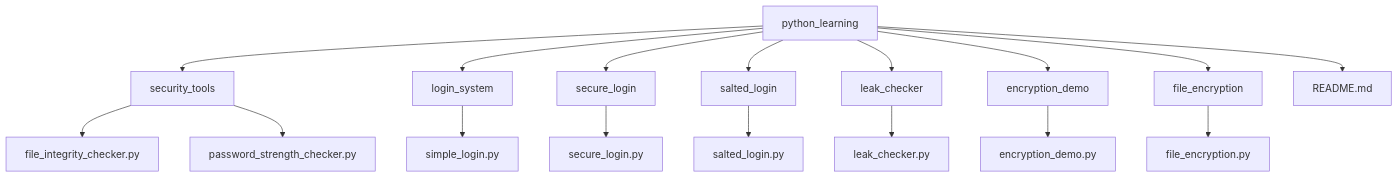
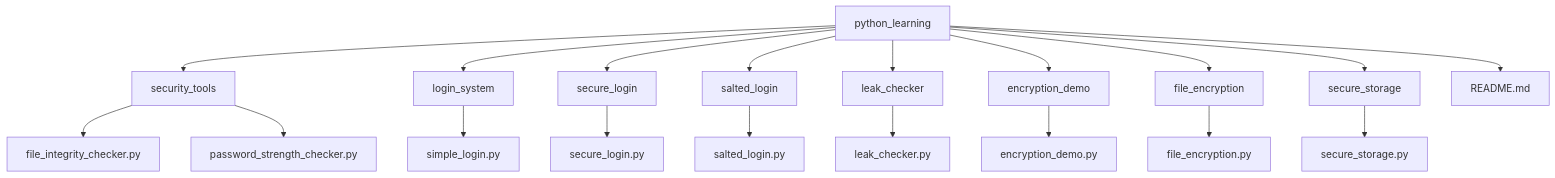
One commit to Hawkins30/python_learning changed the diagram in README.md. Above: the diagram before and after it, drawn with Mermaid. The commit also changed other lines of this file, not shown here.

Commit message:
Updated README with Project 9: Multi-User Encrypted Storage, tables, and diagram

````diff
--- a/README.md
+++ b/README.md
@@ -183,20 +199,22 @@
 ```mermaid
 graph TD
 A[python_learning] --> B[security_tools]
 A --> C[login_system]
 A --> D[secure_login]
 A --> E[salted_login]
 A --> F[leak_checker]
 A --> H[encryption_demo]
 A --> I[file_encryption]
+A --> J[secure_storage]
 A --> G[README.md]
 
 B --> B1[file_integrity_checker.py]
 B --> B2[password_strength_checker.py]
 C --> C1[simple_login.py]
 D --> D1[secure_login.py]
 E --> E1[salted_login.py]
 F --> F1[leak_checker.py]
 H --> H1[encryption_demo.py]
 I --> I1[file_encryption.py]
+J --> J1[secure_storage.py]
 ```
````
